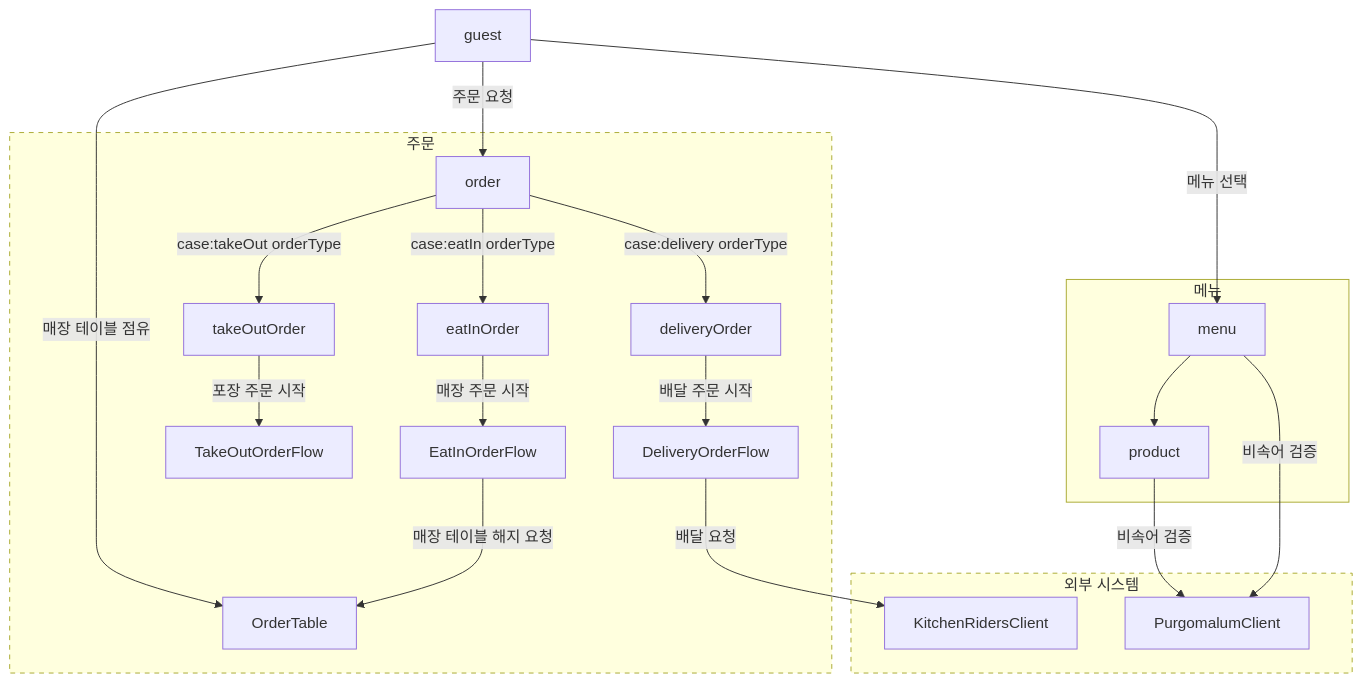
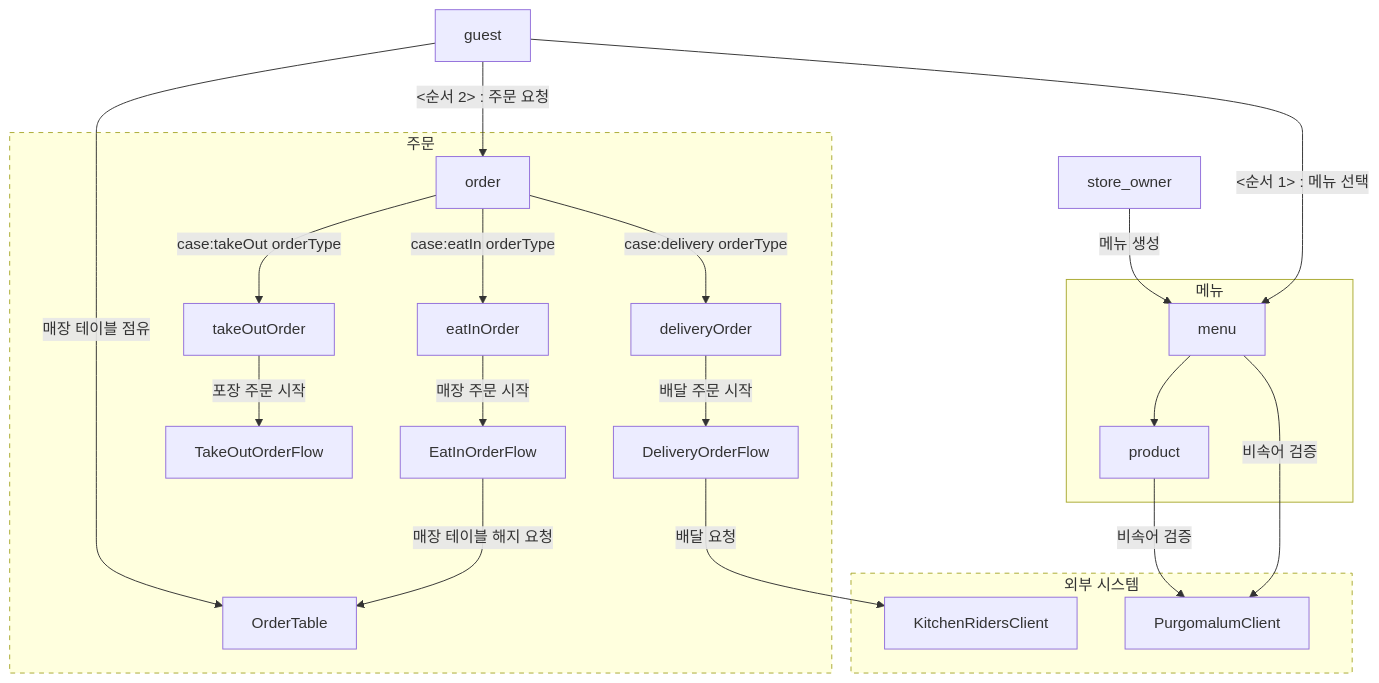
The first of 4 diagrams in README.md (next-step/ddd-strategic-design), drawn with Mermaid before and after one commit. The commit also changed other lines of this file, not shown here.

````diff
--- a/README.md
+++ b/README.md
@@ -333,46 +341,48 @@
 ```mermaid
 flowchart TD
     guest
+    store_owner
 %% 외부 시스템 (ID: externalSystem)	
     subgraph externalSystem [외부 시스템]
         KitchenRidersClient
         PurgomalumClient
     end
 
     style externalSystem stroke-dasharray: 5  
 %% 메뉴
     subgraph 메뉴
         style 주문 stroke-dasharray: 5
         menu
         product
         menu --> product
     end
 
 %% 주문
     subgraph 주문
         style 주문 stroke-dasharray: 5
         order
         deliveryOrder
         takeOutOrder
         eatInOrder
         DeliveryOrderFlow
         TakeOutOrderFlow
         EatInOrderFlow
         OrderTable
         order -- case:delivery orderType --> deliveryOrder
         order -- case:takeOut orderType --> takeOutOrder
         order -- case:eatIn orderType --> eatInOrder
         deliveryOrder -- 배달 주문 시작 --> DeliveryOrderFlow
         takeOutOrder -- 포장 주문 시작 --> TakeOutOrderFlow
         eatInOrder -- 매장 주문 시작 --> EatInOrderFlow
         EatInOrderFlow -- 매장 테이블 해지 요청 --> OrderTable
     end
 
-    guest -- 주문 요청 --> order
+    guest -- <순서 2> : 주문 요청 --> order
     guest -- 매장 테이블 점유 --> OrderTable
-    guest -- 메뉴 선택 --> menu
+    guest -- <순서 1> : 메뉴 선택 --> menu
+    store_owner -- 메뉴 생성 --> menu
     DeliveryOrderFlow -- 배달 요청 --> KitchenRidersClient
     menu -- 비속어 검증 --> PurgomalumClient
     product -- 비속어 검증 --> PurgomalumClient
 
 ```
````
